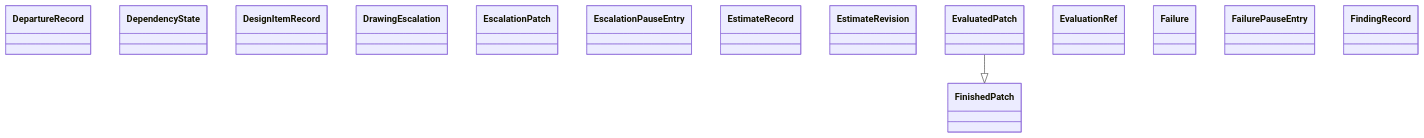
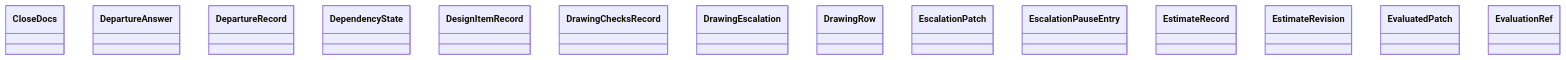
Before and after one commit to GonzaloZevallos/agentic-system: the diagram in docs/architecture/generated/classes-process-domain-state-5.md, drawn with Mermaid. The commit also changed other lines of this file and 18 other files, not shown here.

Commit message:
Add classify, the drawing_checks record and its persistence, and regenerate the architecture docs

````diff
--- a/docs/architecture/generated/classes-process-domain-state-5.md
+++ b/docs/architecture/generated/classes-process-domain-state-5.md
@@ -30,18 +30,17 @@
 ```mermaid
 classDiagram
+    class task__CloseDocs["CloseDocs"]
+    class task__DepartureAnswer["DepartureAnswer"]
     class task__DepartureRecord["DepartureRecord"]
     class task__DependencyState["DependencyState"]
     class task__DesignItemRecord["DesignItemRecord"]
+    class task__DrawingChecksRecord["DrawingChecksRecord"]
     class task__DrawingEscalation["DrawingEscalation"]
+    class task__DrawingRow["DrawingRow"]
     class task__EscalationPatch["EscalationPatch"]
     class task__EscalationPauseEntry["EscalationPauseEntry"]
     class task__EstimateRecord["EstimateRecord"]
     class task__EstimateRevision["EstimateRevision"]
     class task__EvaluatedPatch["EvaluatedPatch"]
     class task__EvaluationRef["EvaluationRef"]
-    class task__Failure["Failure"]
-    class task__FailurePauseEntry["FailurePauseEntry"]
-    class task__FindingRecord["FindingRecord"]
-    class task__FinishedPatch["FinishedPatch"]
-    task__EvaluatedPatch --|> task__FinishedPatch
 ```
````
